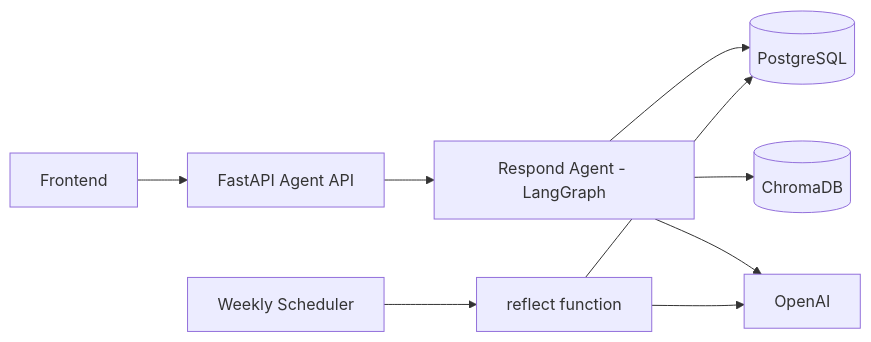
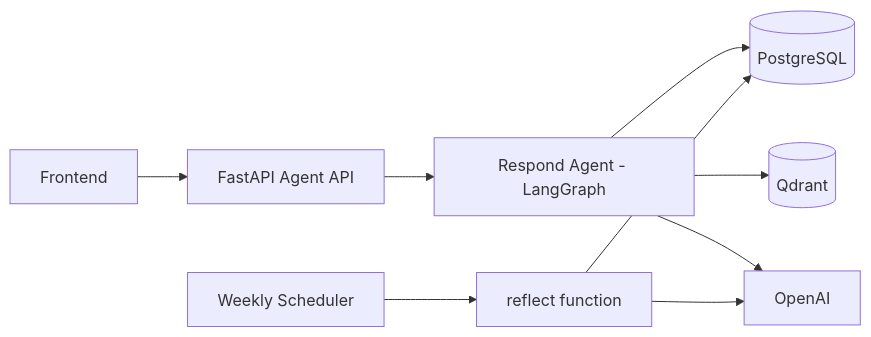
Before and after one commit to AhhPamAIVin/AhhPam-VDiab: the first of 5 diagrams in docs/backendDocs/ai-flow.md, drawn with Mermaid. The commit also changed other lines of this file and 62 other files, not shown here.

````diff
--- a/docs/backendDocs/ai-flow.md
+++ b/docs/backendDocs/ai-flow.md
@@ -19,12 +19,12 @@
 ```mermaid
 flowchart LR
     FE[Frontend] --> API[FastAPI Agent API]
     API --> RESP[Respond Agent - LangGraph]
     RESP --> PG[(PostgreSQL)]
-    RESP --> CHROMA[(ChromaDB)]
+    RESP --> QDRANT[(Qdrant)]
     RESP --> OPENAI[OpenAI]
 
     CRON[Weekly Scheduler] --> REFLECT[reflect function]
     REFLECT --> PG
     REFLECT --> OPENAI
 ```
````
